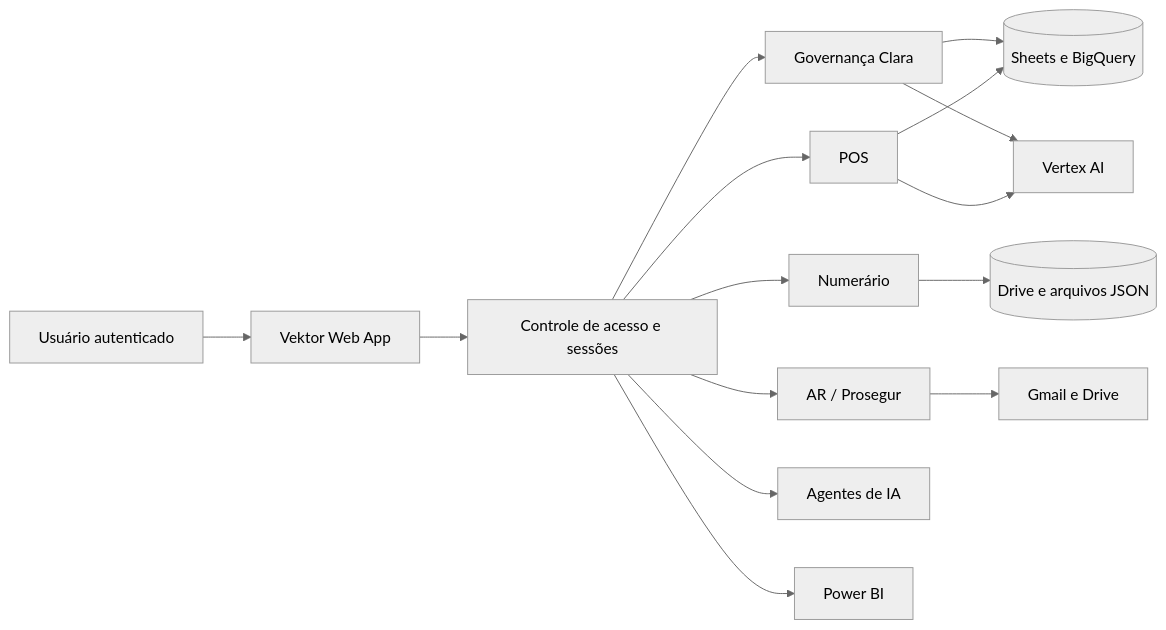
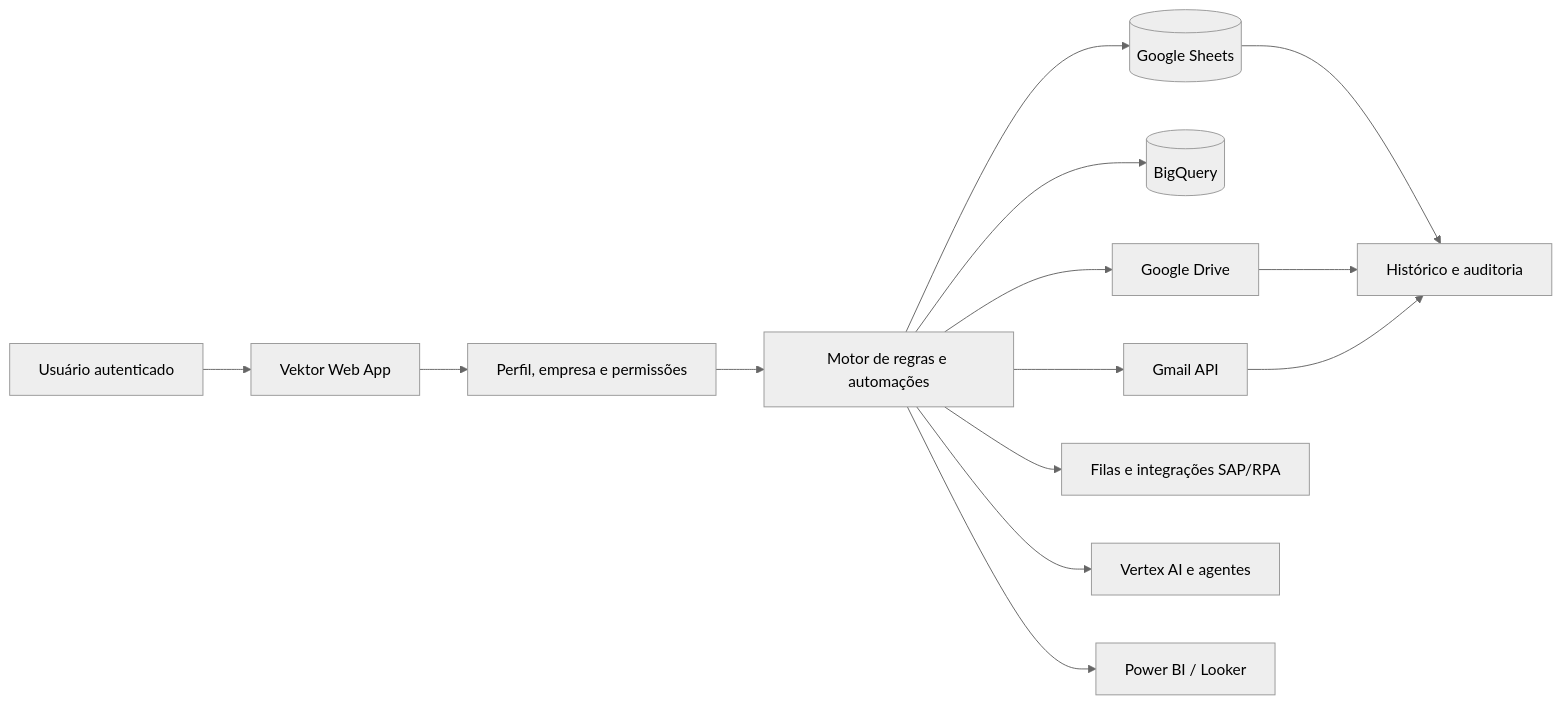
The diagram in vektor/README.md (rodrigolisboa25-create/projects), drawn with Mermaid (neutral theme) before and after one commit. The commit also changed other lines of this file and 6 other files, not shown here.

````diff
--- a/vektor/README.md
+++ b/vektor/README.md
@@ -17,17 +36,16 @@
 ```mermaid
 flowchart LR
-    U[Usuário autenticado] --> W[Vektor Web App]
-    W --> A[Controle de acesso e sessões]
-    A --> C[Governança Clara]
-    A --> N[Numerário]
-    A --> R[AR / Prosegur]
-    A --> P[POS]
-    A --> I[Agentes de IA]
-    A --> B[Power BI]
-    C --> S[(Sheets e BigQuery)]
-    N --> D[(Drive e arquivos JSON)]
-    R --> G[Gmail e Drive]
-    P --> S
-    C --> V[Vertex AI]
-    P --> V
+    U[Usuário autenticado] --> WEB[Vektor Web App]
+    WEB --> ACL[Perfil, empresa e permissões]
+    ACL --> CORE[Motor de regras e automações]
+    CORE --> SH[(Google Sheets)]
+    CORE --> BQ[(BigQuery)]
+    CORE --> DR[Google Drive]
+    CORE --> GM[Gmail API]
+    CORE --> SAP[Filas e integrações SAP/RPA]
+    CORE --> AI[Vertex AI e agentes]
+    CORE --> BI[Power BI / Looker]
+    SH --> AUD[Histórico e auditoria]
+    DR --> AUD
+    GM --> AUD
 ```
````
